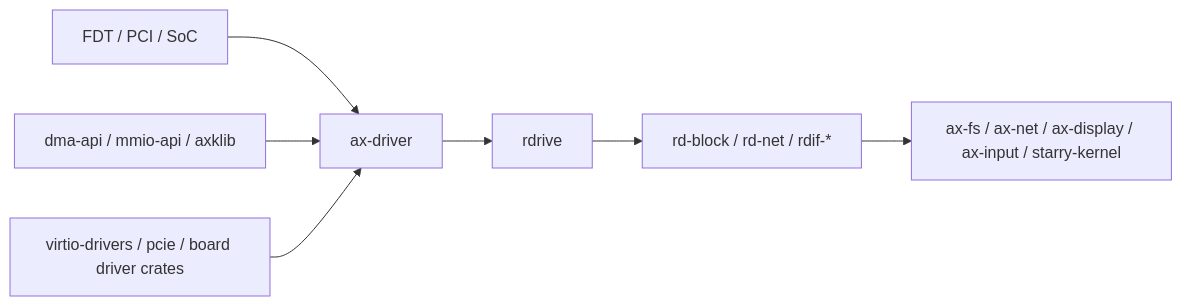
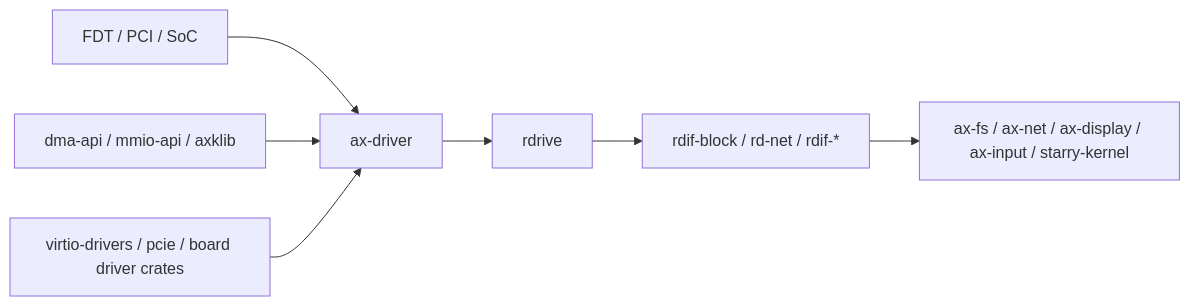
Before and after one commit to rcore-os/tgoskits: the diagram in docs/docs/components/crates/ax-driver.md, drawn with Mermaid. The commit also changed other lines of this file and 59 other files, not shown here.

````diff
--- a/docs/docs/components/crates/ax-driver.md
+++ b/docs/docs/components/crates/ax-driver.md
@@ -26,9 +26,9 @@
 ```mermaid
 graph LR
     platform["FDT / PCI / SoC"] --> ax_driver["ax-driver"]
     dma["dma-api / mmio-api / axklib"] --> ax_driver
     concrete["virtio-drivers / pcie / board driver crates"] --> ax_driver
     ax_driver --> rdrive["rdrive"]
-    rdrive --> rdif["rd-block / rd-net / rdif-*"]
+    rdrive --> rdif["rdif-block / rd-net / rdif-*"]
     rdif --> upper["ax-fs / ax-net / ax-display / ax-input / starry-kernel"]
 ```
````
